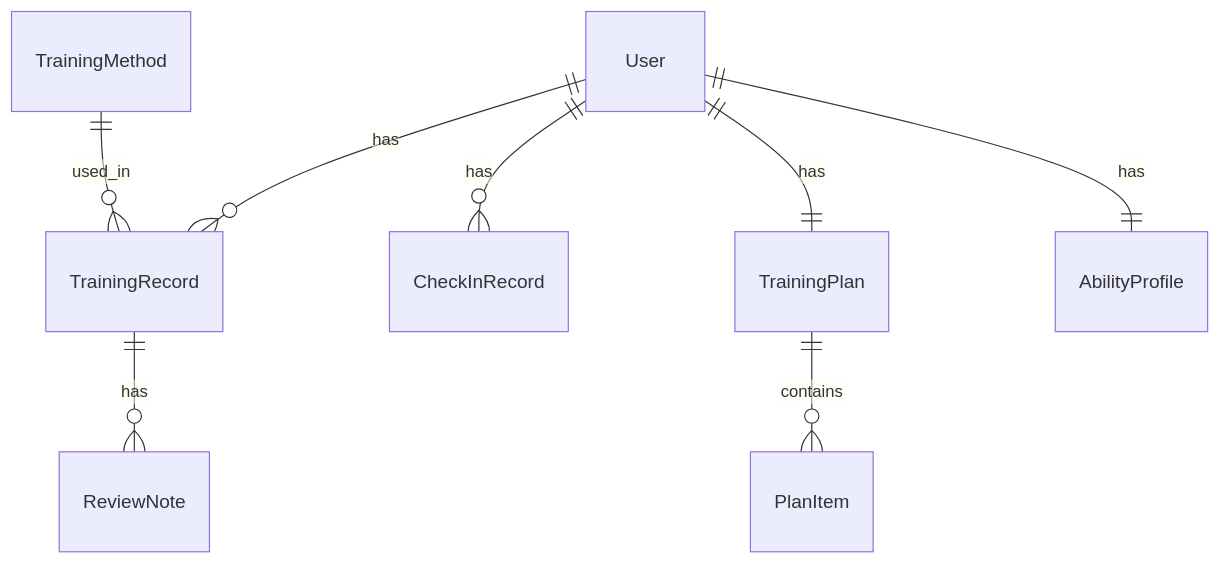
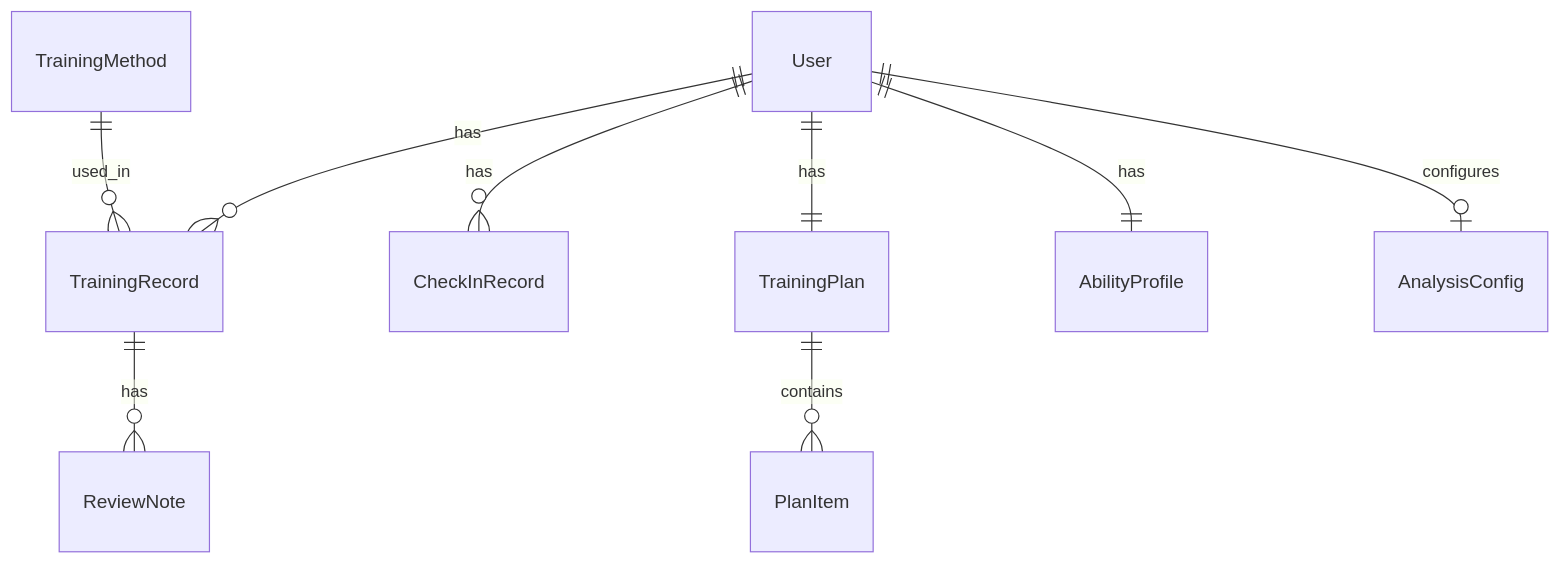
The second of 2 diagrams in .joycode/specs/ejaculation-control-training-ios/design.md (Rainny1996/ShaseiControl_Training), drawn with Mermaid before and after one commit. The commit also changed other lines of this file and 26 other files, not shown here.

````diff
--- a/.joycode/specs/ejaculation-control-training-ios/design.md
+++ b/.joycode/specs/ejaculation-control-training-ios/design.md
@@ -106,12 +106,11 @@
 ```mermaid
 erDiagram
     User ||--o{ TrainingRecord : has
     User ||--o{ CheckInRecord : has
     User ||--|| TrainingPlan : has
     User ||--|| AbilityProfile : has
-    
+    User ||--o| AnalysisConfig : configures
     TrainingMethod ||--o{ TrainingRecord : used_in
     TrainingPlan ||--o{ PlanItem : contains
-    
     TrainingRecord ||--o{ ReviewNote : has
 ```
````
